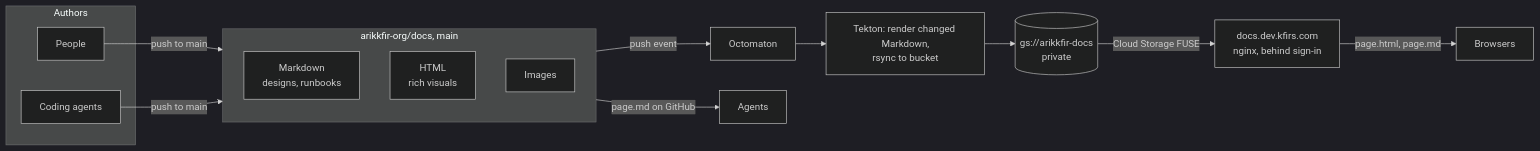
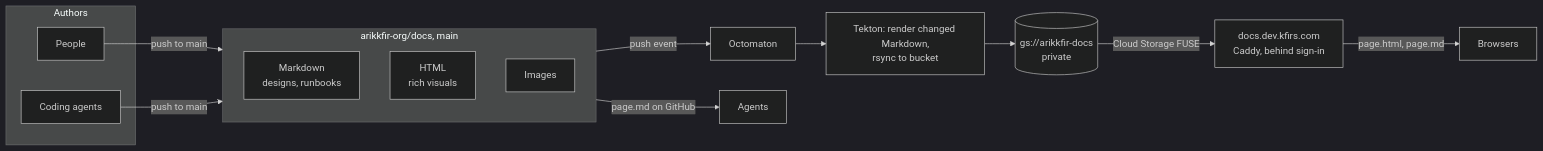
Before and after one commit to arikkfir-org/docs: the diagram in hub/designs/phase-0-documentation.md, drawn with Mermaid (dark theme). The commit also changed 3 other files, not shown here.

````diff
--- a/hub/designs/phase-0-documentation.md
+++ b/hub/designs/phase-0-documentation.md
@@ -8,20 +8,20 @@
 ```mermaid
 flowchart LR
   subgraph Authors
     H[People]
     A[Coding agents]
   end
   subgraph repo[arikkfir-org/docs, main]
     MD[Markdown<br/>designs, runbooks]
     HTML[HTML<br/>rich visuals]
     IMG[Images]
   end
   H -- push to main --> repo
   A -- push to main --> repo
   repo -- push event --> SB[Octomaton]
   SB --> TK[Tekton: render changed Markdown,<br/>rsync to bucket]
   TK --> GCS[(gs://arikkfir-docs<br/>private)]
-  GCS -- Cloud Storage FUSE --> WEB[docs.dev.kfirs.com<br/>nginx, behind sign-in]
+  GCS -- Cloud Storage FUSE --> WEB[docs.dev.kfirs.com<br/>Caddy, behind sign-in]
   WEB -- page.html, page.md --> B[Browsers]
   repo -- page.md on GitHub --> AG[Agents]
 ```
````
